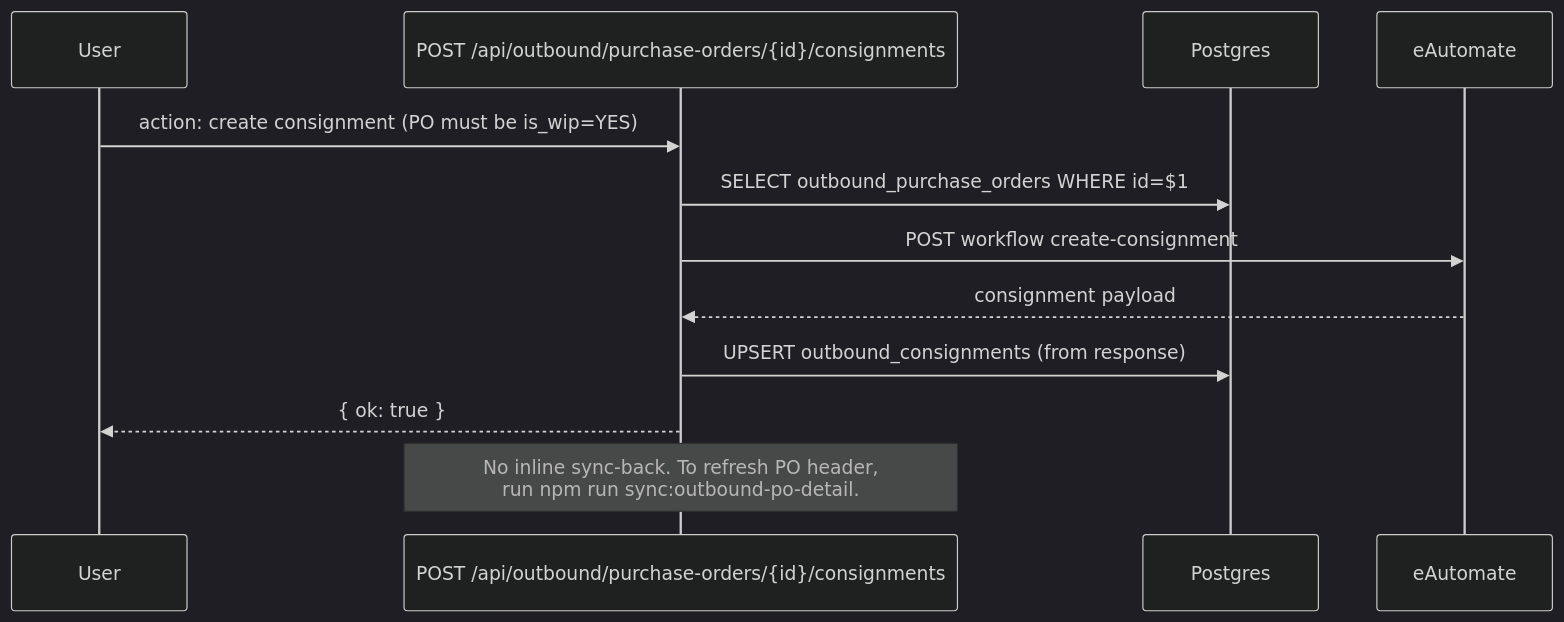
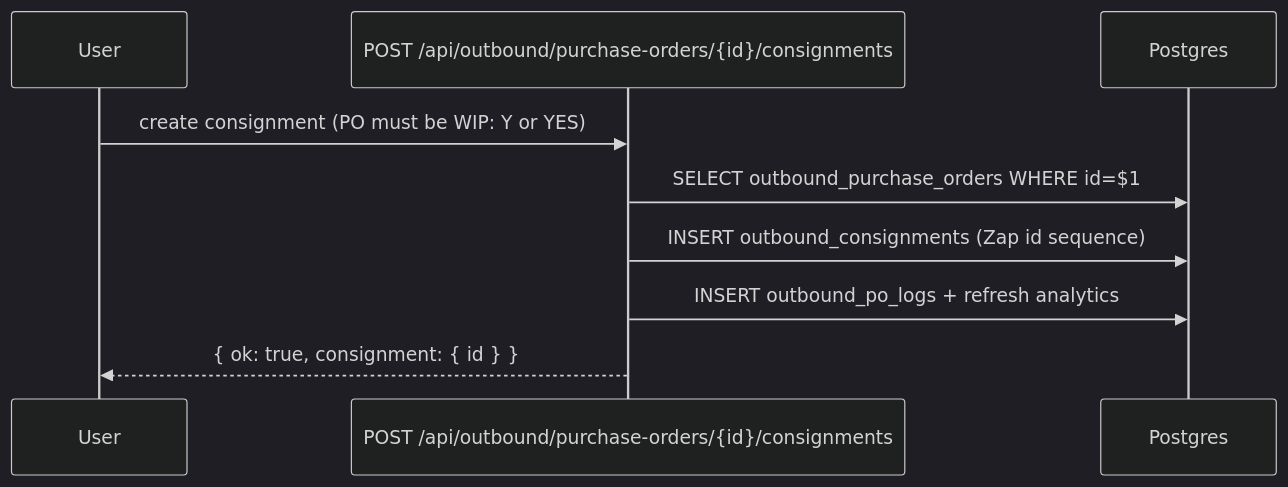
One commit to mohittambi/zap changed diagram 17 of 19 in docs/current-system/workflows.md. Above: the diagram before and after it, drawn with Mermaid (dark theme). The commit also changed other lines of this file and 47 other files, not shown here.

````diff
--- a/docs/current-system/workflows.md
+++ b/docs/current-system/workflows.md
@@ -397,15 +397,12 @@
 ```mermaid
 sequenceDiagram
   participant U as User
   participant API as POST /api/outbound/purchase-orders/{id}/consignments
   participant PG as Postgres
-  participant EA as eAutomate
 
-  U->>API: action: create consignment (PO must be is_wip=YES)
+  U->>API: create consignment (PO must be WIP: Y or YES)
   API->>PG: SELECT outbound_purchase_orders WHERE id=$1
-  API->>EA: POST workflow create-consignment
-  EA-->>API: consignment payload
-  API->>PG: UPSERT outbound_consignments (from response)
-  API-->>U: { ok: true }
-  Note over API: No inline sync-back. To refresh PO header,<br/>run npm run sync:outbound-po-detail.
+  API->>PG: INSERT outbound_consignments (Zap id sequence)
+  API->>PG: INSERT outbound_po_logs + refresh analytics
+  API-->>U: { ok: true, consignment: { id } }
 ```
````
